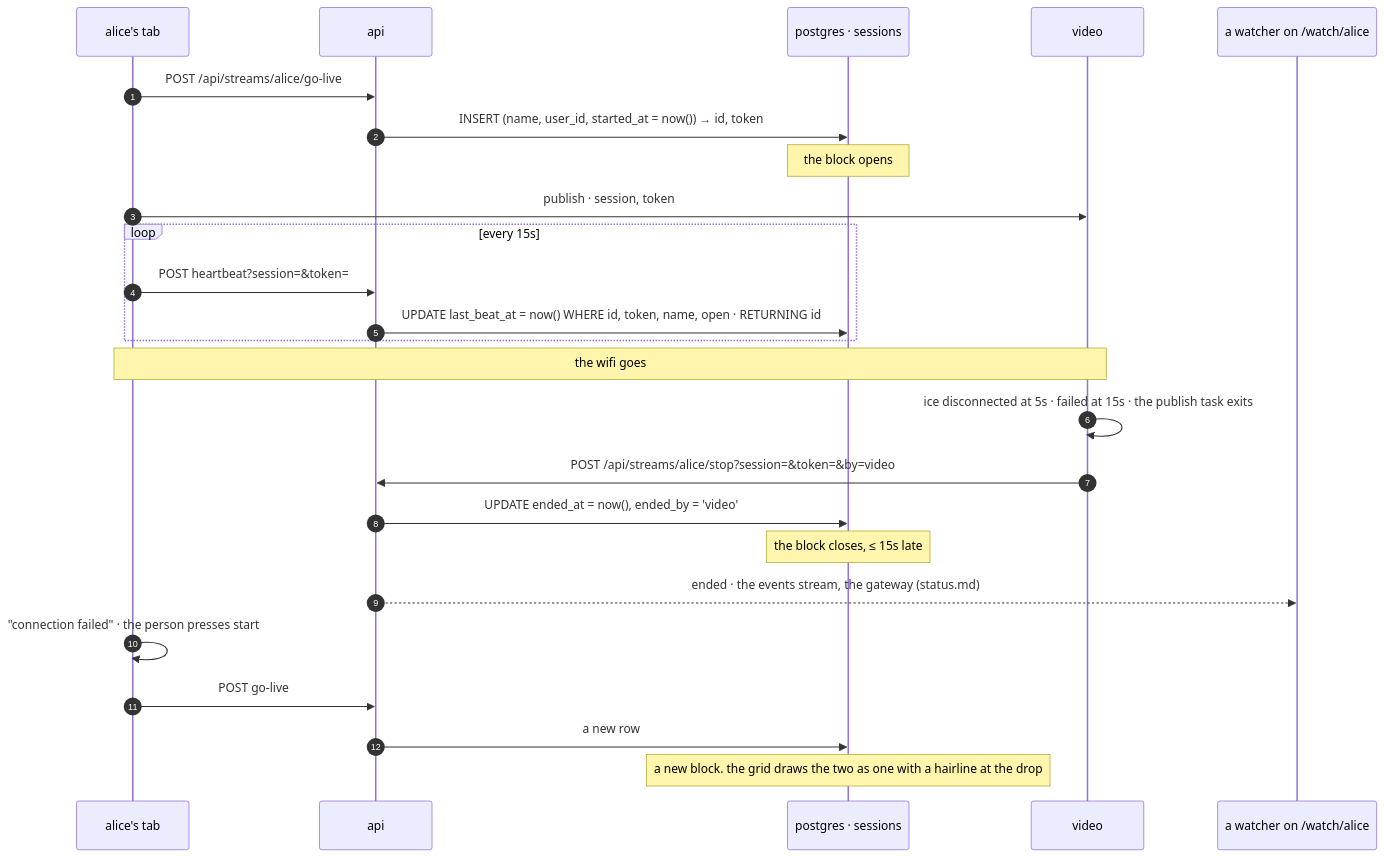
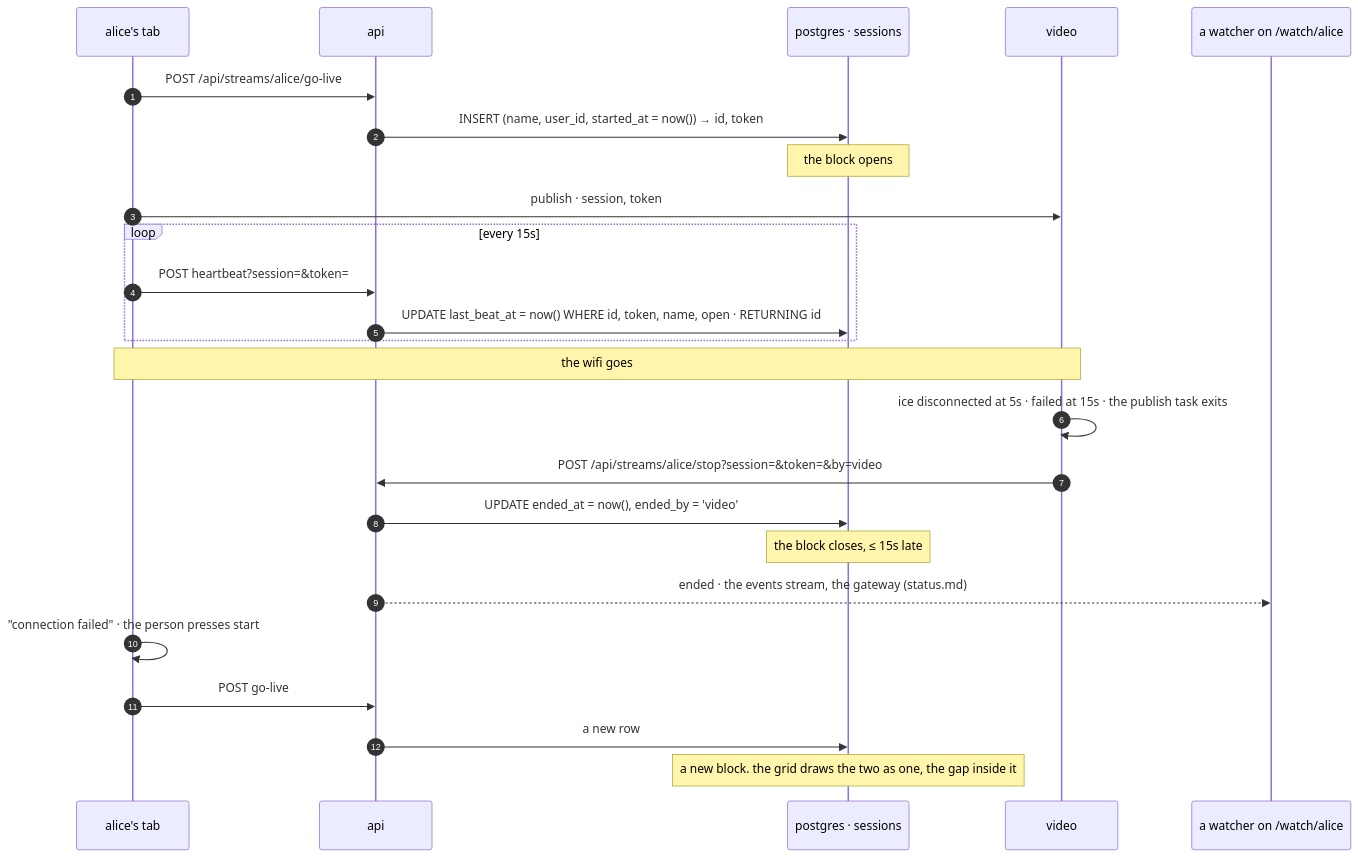
The second of 2 diagrams in docs/calendar.md (ZeroNerodaHero/slop-stream-architecture), drawn with Mermaid before and after one commit. The commit also changed other lines of this file and 16 other files, not shown here.

````diff
--- a/docs/calendar.md
+++ b/docs/calendar.md
@@ -48,28 +48,28 @@
 ```mermaid
 sequenceDiagram
   autonumber
   participant P as alice's tab
   participant A as api
   participant D as postgres · sessions
   participant V as video
   participant W as a watcher on /watch/alice
 
   P->>A: POST /api/streams/alice/go-live
   A->>D: INSERT (name, user_id, started_at = now()) → id, token
   Note over D: the block opens
   P->>V: publish · session, token
   loop every 15s
     P->>A: POST heartbeat?session=&token=
     A->>D: UPDATE last_beat_at = now() WHERE id, token, name, open · RETURNING id
   end
   Note over P,V: the wifi goes
   V->>V: ice disconnected at 5s · failed at 15s · the publish task exits
   V->>A: POST /api/streams/alice/stop?session=&token=&by=video
   A->>D: UPDATE ended_at = now(), ended_by = 'video'
   Note over D: the block closes, ≤ 15s late
   A-->>W: ended · the events stream, the gateway (status.md)
   P->>P: "connection failed" · the person presses start
   P->>A: POST go-live
   A->>D: a new row
-  Note over D: a new block. the grid draws the two as one with a hairline at the drop
+  Note over D: a new block. the grid draws the two as one, the gap inside it
 ```
````
